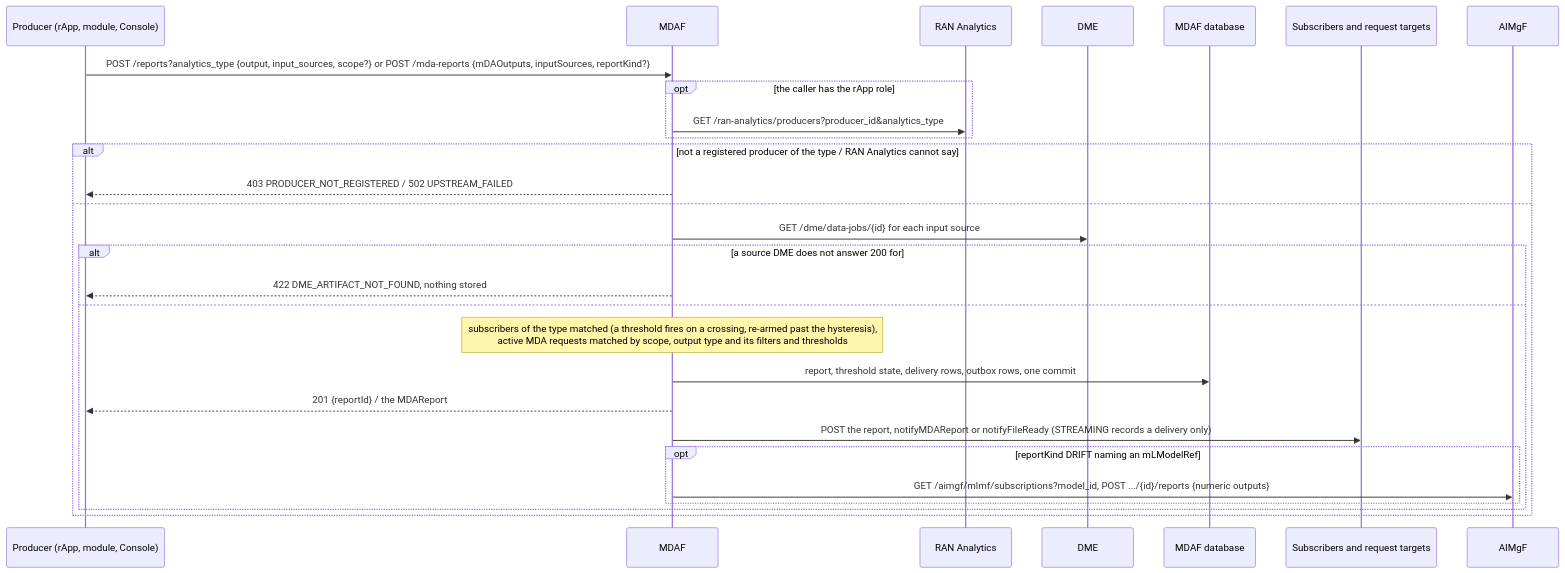
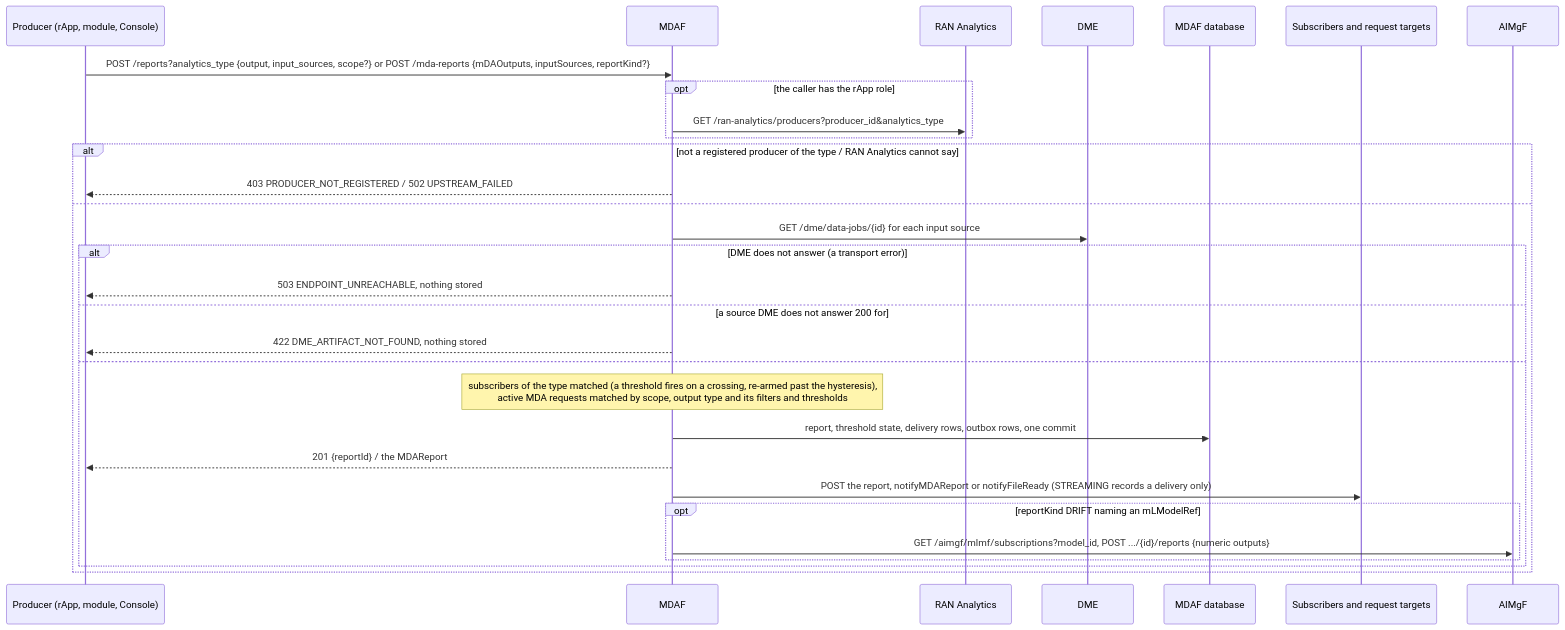
Before and after one commit to rsys-bshankar/ai-ran-smo: the third of 5 diagrams in smo/mdaf/docs/lifecycle.md, drawn with Mermaid. The commit also changed other lines of this file and 47 other files, not shown here.

````diff
--- a/smo/mdaf/docs/lifecycle.md
+++ b/smo/mdaf/docs/lifecycle.md
@@ -91,31 +91,33 @@
 ```mermaid
 sequenceDiagram
     participant P as Producer (rApp, module, Console)
     participant MD as MDAF
     participant RA as RAN Analytics
     participant DME as DME
     participant DB as MDAF database
     participant S as Subscribers and request targets
     participant AI as AIMgF
 
     P->>MD: POST /reports?analytics_type {output, input_sources, scope?} or POST /mda-reports {mDAOutputs, inputSources, reportKind?}
     opt the caller has the rApp role
         MD->>RA: GET /ran-analytics/producers?producer_id&analytics_type
     end
     alt not a registered producer of the type / RAN Analytics cannot say
         MD-->>P: 403 PRODUCER_NOT_REGISTERED / 502 UPSTREAM_FAILED
     else
         MD->>DME: GET /dme/data-jobs/{id} for each input source
-        alt a source DME does not answer 200 for
+        alt DME does not answer (a transport error)
+            MD-->>P: 503 ENDPOINT_UNREACHABLE, nothing stored
+        else a source DME does not answer 200 for
             MD-->>P: 422 DME_ARTIFACT_NOT_FOUND, nothing stored
         else
             Note over MD: subscribers of the type matched (a threshold fires on a crossing, re-armed past the hysteresis),<br/>active MDA requests matched by scope, output type and its filters and thresholds
             MD->>DB: report, threshold state, delivery rows, outbox rows, one commit
             MD-->>P: 201 {reportId} / the MDAReport
             MD->>S: POST the report, notifyMDAReport or notifyFileReady (STREAMING records a delivery only)
             opt reportKind DRIFT naming an mLModelRef
                 MD->>AI: GET /aimgf/mlmf/subscriptions?model_id, POST .../{id}/reports {numeric outputs}
             end
         end
     end
 ```
````
